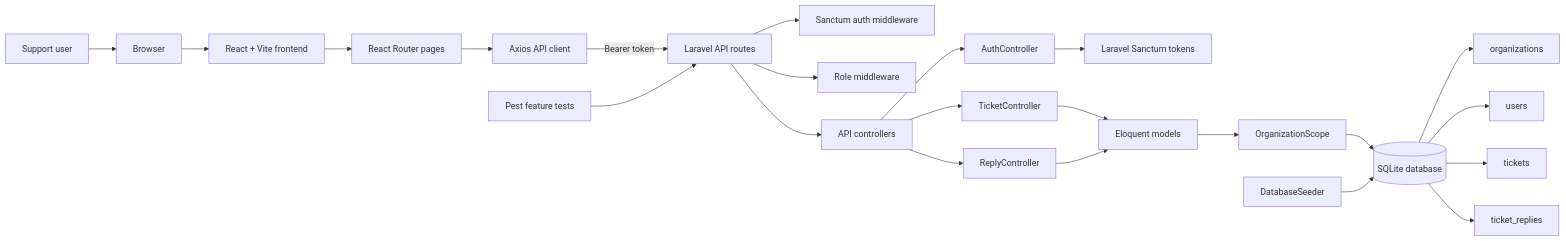
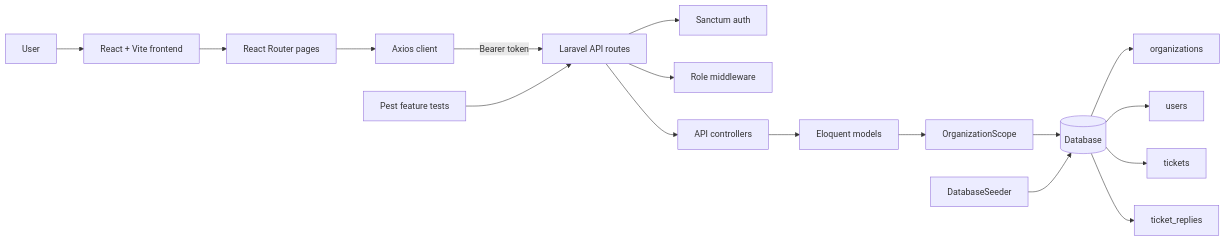
The diagram in README.md (Unseencoderz/forge2-sahilgautam), drawn with Mermaid before and after one commit. The commit also changed other lines of this file, not shown here.

````diff
--- a/README.md
+++ b/README.md
@@ -37,31 +49,23 @@
 ```mermaid
 flowchart LR
-    U[Support user] --> B[Browser]
-    B --> FE[React + Vite frontend]
-    FE --> R[React Router pages]
-    R --> AX[Axios API client]
-    AX -->|Bearer token| API[Laravel API routes]
+    U[User] --> UI[React + Vite frontend]
+    UI --> Router[React Router pages]
+    Router --> ApiClient[Axios client]
+    ApiClient -->|Bearer token| API[Laravel API routes]
 
-    API --> H[Sanctum auth middleware]
-    API --> RM[Role middleware]
-    API --> C[API controllers]
+    API --> Auth[Sanctum auth]
+    API --> Role[Role middleware]
+    API --> Controllers[API controllers]
 
-    C --> AC[AuthController]
-    C --> TC[TicketController]
-    C --> RC[ReplyController]
+    Controllers --> Models[Eloquent models]
+    Models --> Tenant[OrganizationScope]
+    Tenant --> DB[(Database)]
 
-    AC --> S[Laravel Sanctum tokens]
-    TC --> E[Eloquent models]
-    RC --> E
+    DB --> Organizations[organizations]
+    DB --> Users[users]
+    DB --> Tickets[tickets]
+    DB --> Replies[ticket_replies]
 
-    E --> OS[OrganizationScope]
-    OS --> DB[(SQLite database)]
-
-    DB --> ORG[organizations]
-    DB --> USERS[users]
-    DB --> TICKETS[tickets]
-    DB --> REPLIES[ticket_replies]
-
-    SEED[DatabaseSeeder] --> DB
-    TEST[Pest feature tests] --> API
+    Seeder[DatabaseSeeder] --> DB
+    Tests[Pest feature tests] --> API
 ```
````
